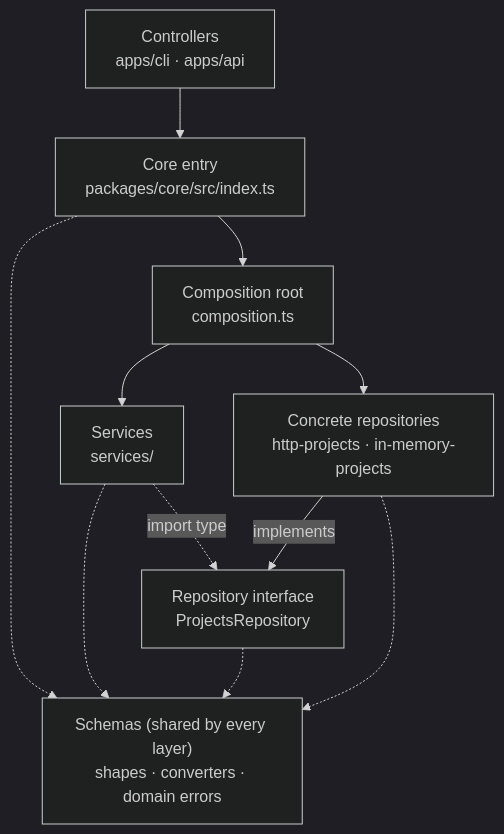
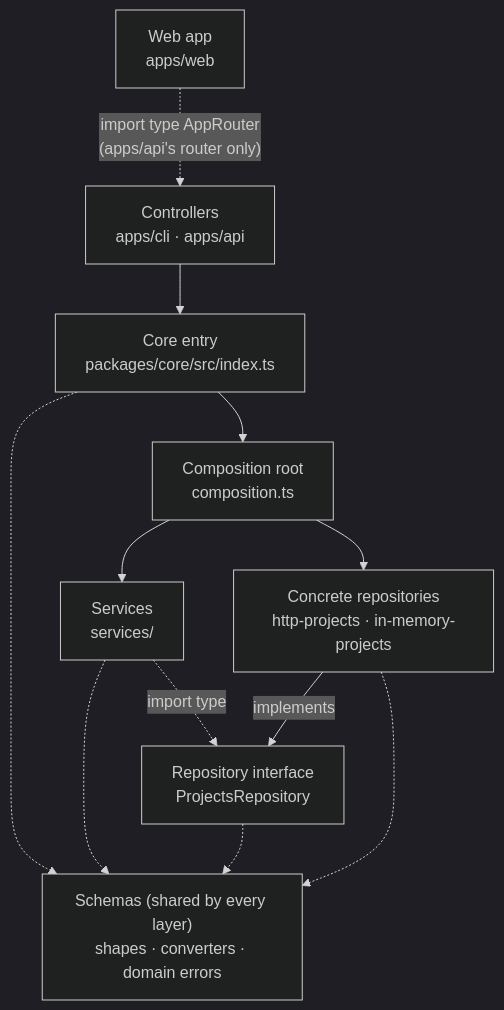
Before and after one commit to smorinlabs/ts-launch-blueprint: the first of 2 diagrams in docs/about/architecture.md, drawn with Mermaid (dark theme). The commit also changed other lines of this file and 30 other files, not shown here.

Commit message:
feat(web): add React app with typed tRPC client

````diff
--- a/docs/about/architecture.md
+++ b/docs/about/architecture.md
@@ -48,22 +51,25 @@
 ```mermaid
 flowchart TB
   apps["Controllers<br/>apps/cli · apps/api"]
   entry["Core entry<br/>packages/core/src/index.ts"]
   composition["Composition root<br/>composition.ts"]
   services["Services<br/>services/"]
   iface["Repository interface<br/>ProjectsRepository"]
   concrete["Concrete repositories<br/>http-projects · in-memory-projects"]
   schemas["Schemas (shared by every layer)<br/>shapes · converters · domain errors"]
 
+  web["Web app<br/>apps/web"]
+
   apps --> entry
+  web -. "import type AppRouter<br/>(apps/api's router only)" .-> apps
   entry --> composition
   composition --> services
   composition --> concrete
   services -. "import type" .-> iface
   concrete -- implements --> iface
 
   entry -.-> schemas
   services -.-> schemas
   iface -.-> schemas
   concrete -.-> schemas
 ```
````
